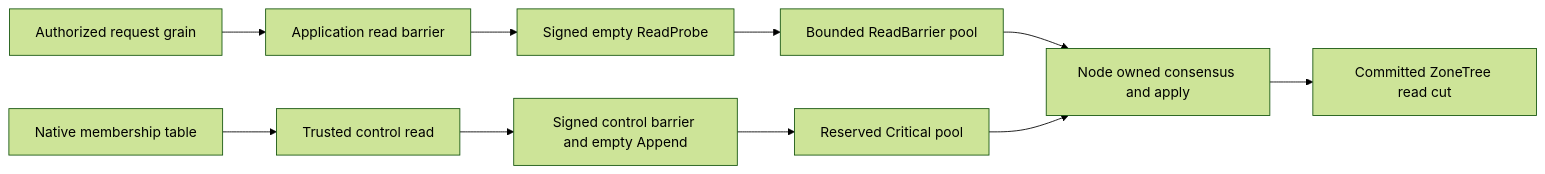
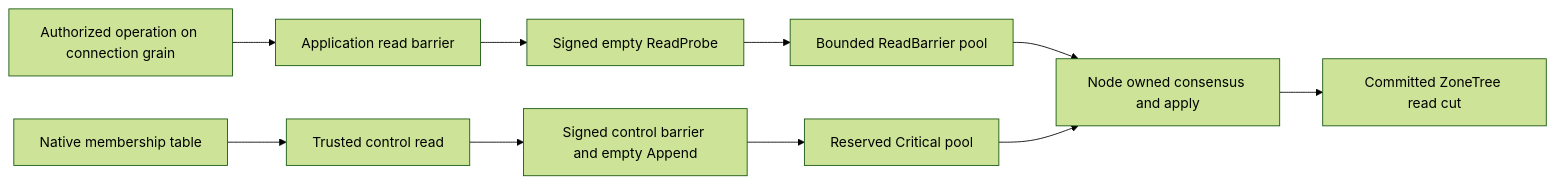
Before and after one commit to managedcode/KeyLoad: diagram 33 of 44 in docs/Architecture.md, drawn with Mermaid (forest theme). The commit also changed other lines of this file and 127 other files, not shown here.

````diff
--- a/docs/Architecture.md
+++ b/docs/Architecture.md
@@ -874,12 +874,12 @@
 ```mermaid
 flowchart LR
-  Request[Authorized request grain] --> AppRead[Application read barrier]
+  Request[Authorized operation on connection grain] --> AppRead[Application read barrier]
   AppRead --> Probe[Signed empty ReadProbe]
   Probe --> ReadPool[Bounded ReadBarrier pool]
   Membership[Native membership table] --> Control[Trusted control read]
   Control --> Heartbeat[Signed control barrier and empty Append]
   Heartbeat --> Critical[Reserved Critical pool]
   ReadPool --> Receiver[Node owned consensus and apply]
   Critical --> Receiver
   Receiver --> Store[Committed ZoneTree read cut]
 ```
````
